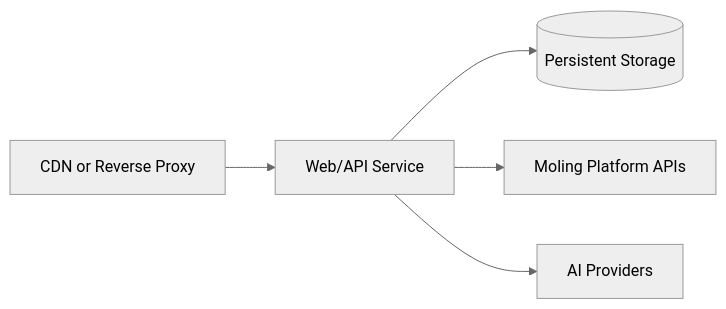
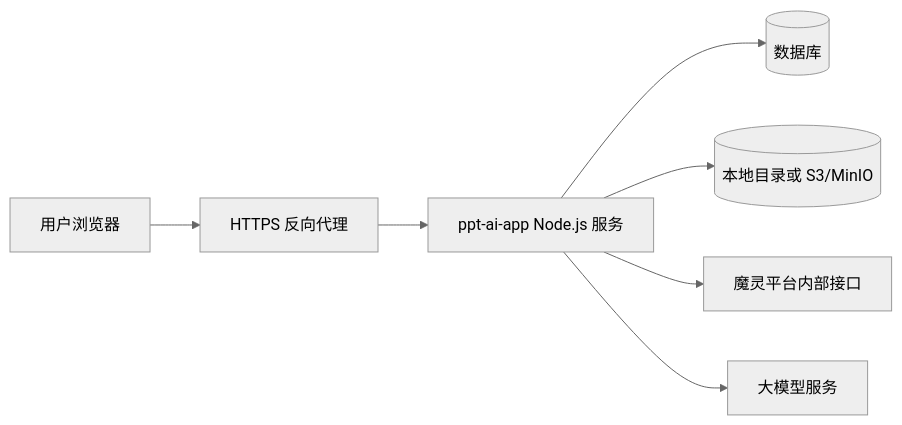
The diagram in docs/deployment.md (skillixx/molinppt), drawn with Mermaid (neutral theme) before and after one commit. The commit also changed other lines of this file and 2 other files, not shown here.

````diff
--- a/docs/deployment.md
+++ b/docs/deployment.md
@@ -13,7 +18,9 @@
 ```mermaid
 flowchart LR
-  CDN[CDN or Reverse Proxy] --> Web[Web/API Service]
-  Web --> DB[(Persistent Storage)]
-  Web --> Moling[Moling Platform APIs]
-  Web --> AI[AI Providers]
+  User[用户浏览器] --> Proxy[HTTPS 反向代理]
+  Proxy --> App[ppt-ai-app Node.js 服务]
+  App --> DB[(数据库)]
+  App --> Storage[(本地目录或 S3/MinIO)]
+  App --> Moling[魔灵平台内部接口]
+  App --> LLM[大模型服务]
 ```
````
